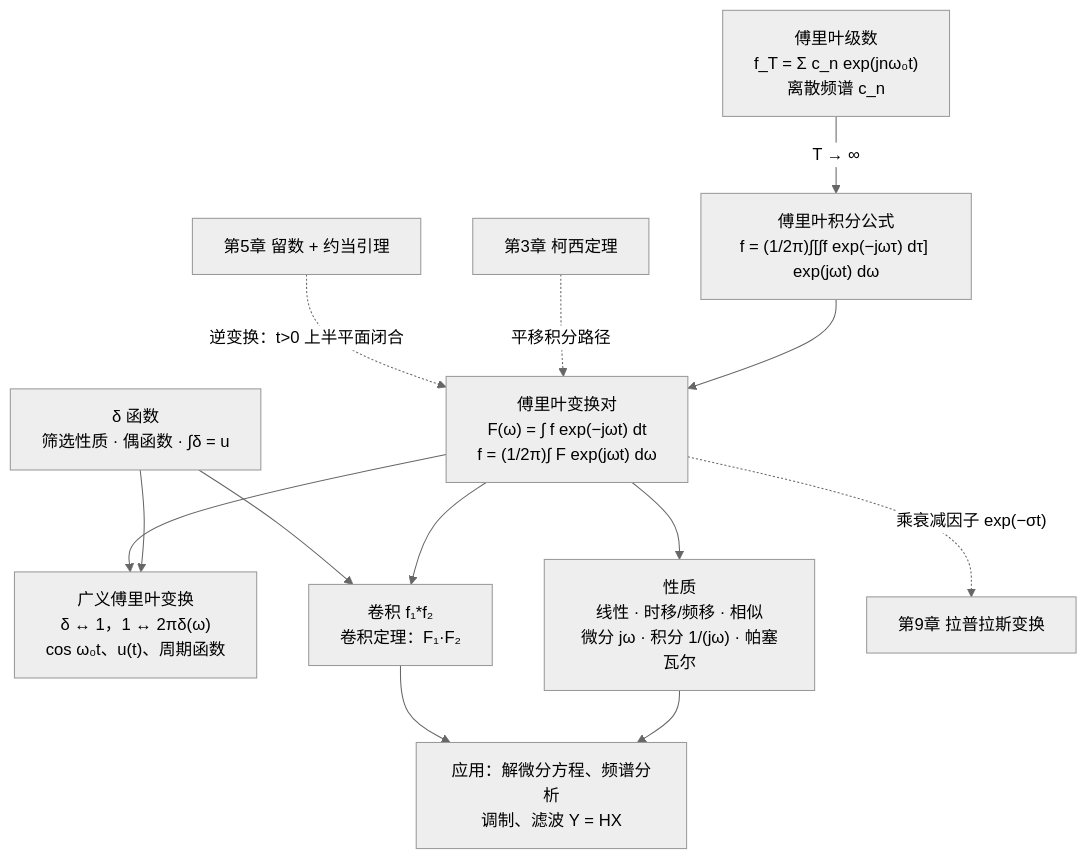
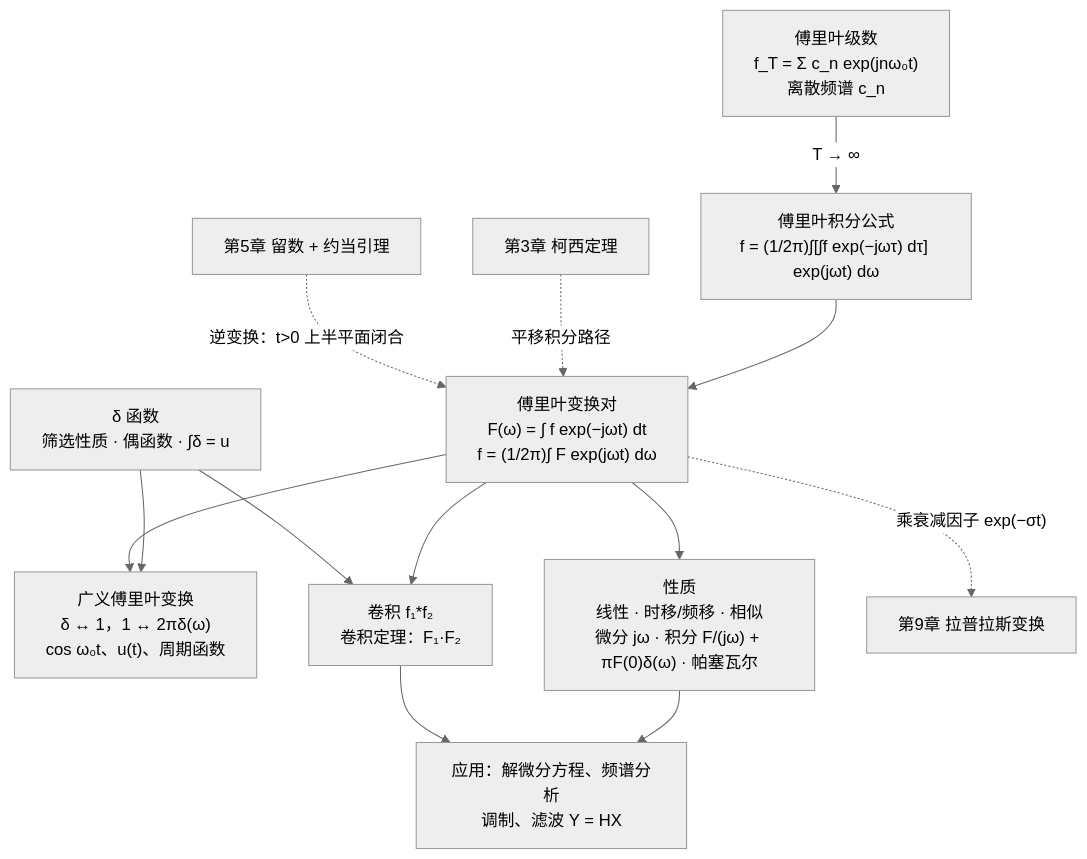
The diagram in docs/ch8.md (cockroach-f/complex-functions), drawn with Mermaid (neutral theme) before and after one commit. The commit also changed other lines of this file and 10 other files, not shown here.

Commit message:
修正拉普拉斯收敛域表述、(1+z)^α 收敛半径、傅里叶积分性质一般形式；Mermaid 边标签统一加引号

````diff
--- a/docs/ch8.md
+++ b/docs/ch8.md
@@ -583,15 +587,15 @@
     ```mermaid
     flowchart TD
-        FS["傅里叶级数<br/>f_T = Σ c_n exp(jnω₀t)<br/>离散频谱 c_n"] -- "T → ∞" --> FI["傅里叶积分公式<br/>f = (1/2π)∫[∫f exp(−jωτ) dτ] exp(jωt) dω"]
+        FS["傅里叶级数<br/>f_T = Σ c_n exp(jnω₀t)<br/>离散频谱 c_n"] -->|"T → ∞"| FI["傅里叶积分公式<br/>f = (1/2π)∫[∫f exp(−jωτ) dτ] exp(jωt) dω"]
         FI --> FT["傅里叶变换对<br/>F(ω) = ∫ f exp(−jωt) dt<br/>f = (1/2π)∫ F exp(jωt) dω"]
         DL["δ 函数<br/>筛选性质 · 偶函数 · ∫δ = u"] --> GFT["广义傅里叶变换<br/>δ ↔ 1，1 ↔ 2πδ(ω)<br/>cos ω₀t、u(t)、周期函数"]
         FT --> GFT
-        FT --> PR["性质<br/>线性 · 时移/频移 · 相似<br/>微分 jω · 积分 1/(jω) · 帕塞瓦尔"]
+        FT --> PR["性质<br/>线性 · 时移/频移 · 相似<br/>微分 jω · 积分 F/(jω) + πF(0)δ(ω) · 帕塞瓦尔"]
         FT --> CV["卷积 f₁*f₂<br/>卷积定理：F₁·F₂"]
         DL --> CV
-        C3["第3章 柯西定理"] -.平移积分路径.-> FT
-        C5["第5章 留数 + 约当引理"] -.逆变换：t>0 上半平面闭合.-> FT
+        C3["第3章 柯西定理"] -.->|"平移积分路径"| FT
+        C5["第5章 留数 + 约当引理"] -.->|"逆变换：t>0 上半平面闭合"| FT
         PR --> APP["应用：解微分方程、频谱分析<br/>调制、滤波 Y = HX"]
         CV --> APP
-        FT -.乘衰减因子 exp(−σt).-> LAP["第9章 拉普拉斯变换"]
+        FT -.->|"乘衰减因子 exp(−σt)"| LAP["第9章 拉普拉斯变换"]
     ```
````
